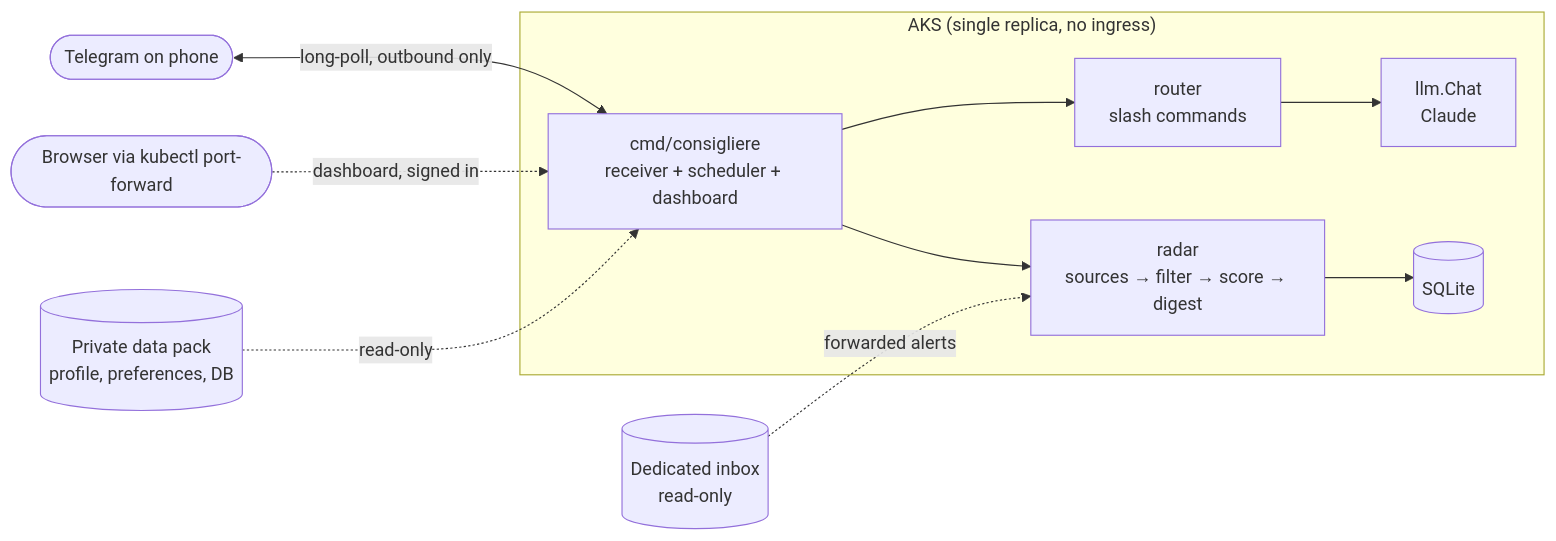
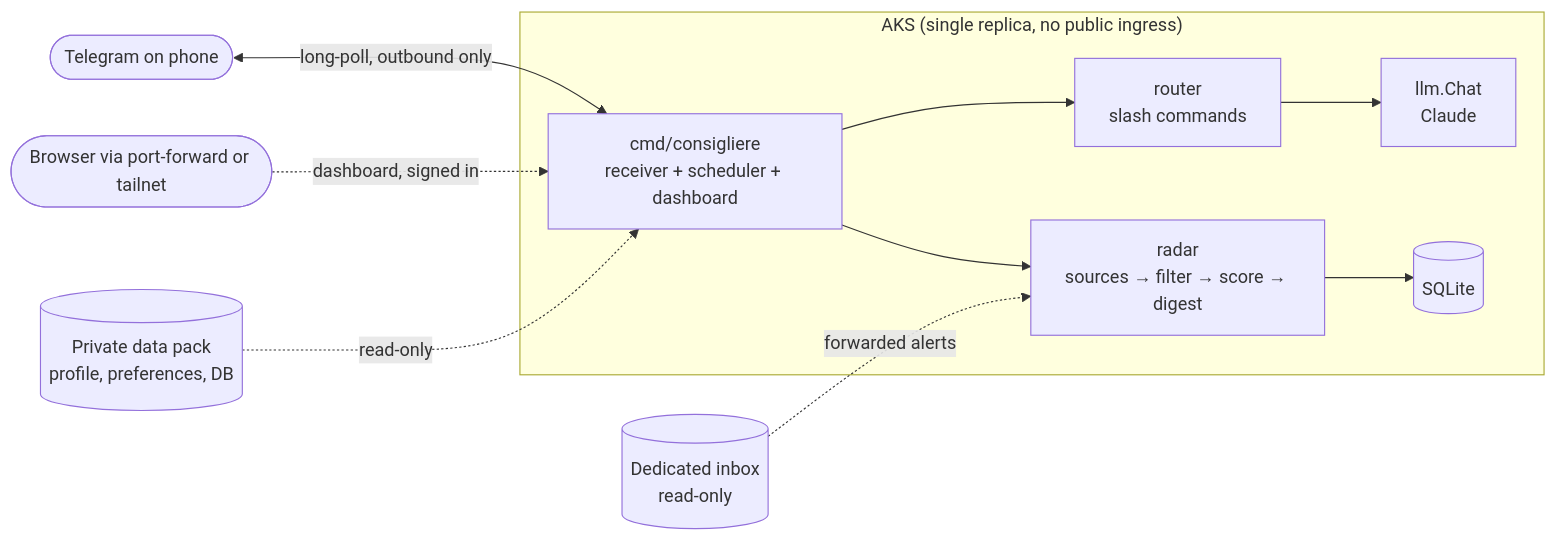
Before and after one commit to ahpalmer/Consigliere: the diagram in README.md, drawn with Mermaid. The commit also changed other lines of this file and 12 other files, not shown here.

Commit message:
Added code so that I can make my AKS into a tailscale node and get to my dashboard through tailscale

````diff
--- a/README.md
+++ b/README.md
@@ -7,14 +7,14 @@
 ```mermaid
 flowchart LR
     phone([Telegram on phone]) <-- long-poll, outbound only --> host
-    browser([Browser via kubectl port-forward]) -. dashboard, signed in .-> host
-    subgraph AKS["AKS (single replica, no ingress)"]
+    browser([Browser via port-forward or tailnet]) -. dashboard, signed in .-> host
+    subgraph AKS["AKS (single replica, no public ingress)"]
         host[cmd/consigliere<br/>receiver + scheduler + dashboard]
         host --> router[router<br/>slash commands]
         router --> chat[llm.Chat<br/>Claude]
         host --> radar[radar<br/>sources → filter → score → digest]
         radar --> db[(SQLite)]
     end
     pack[(Private data pack<br/>profile, preferences, DB)] -. read-only .-> host
     inbox[(Dedicated inbox<br/>read-only)] -. forwarded alerts .-> radar
 ```
````
